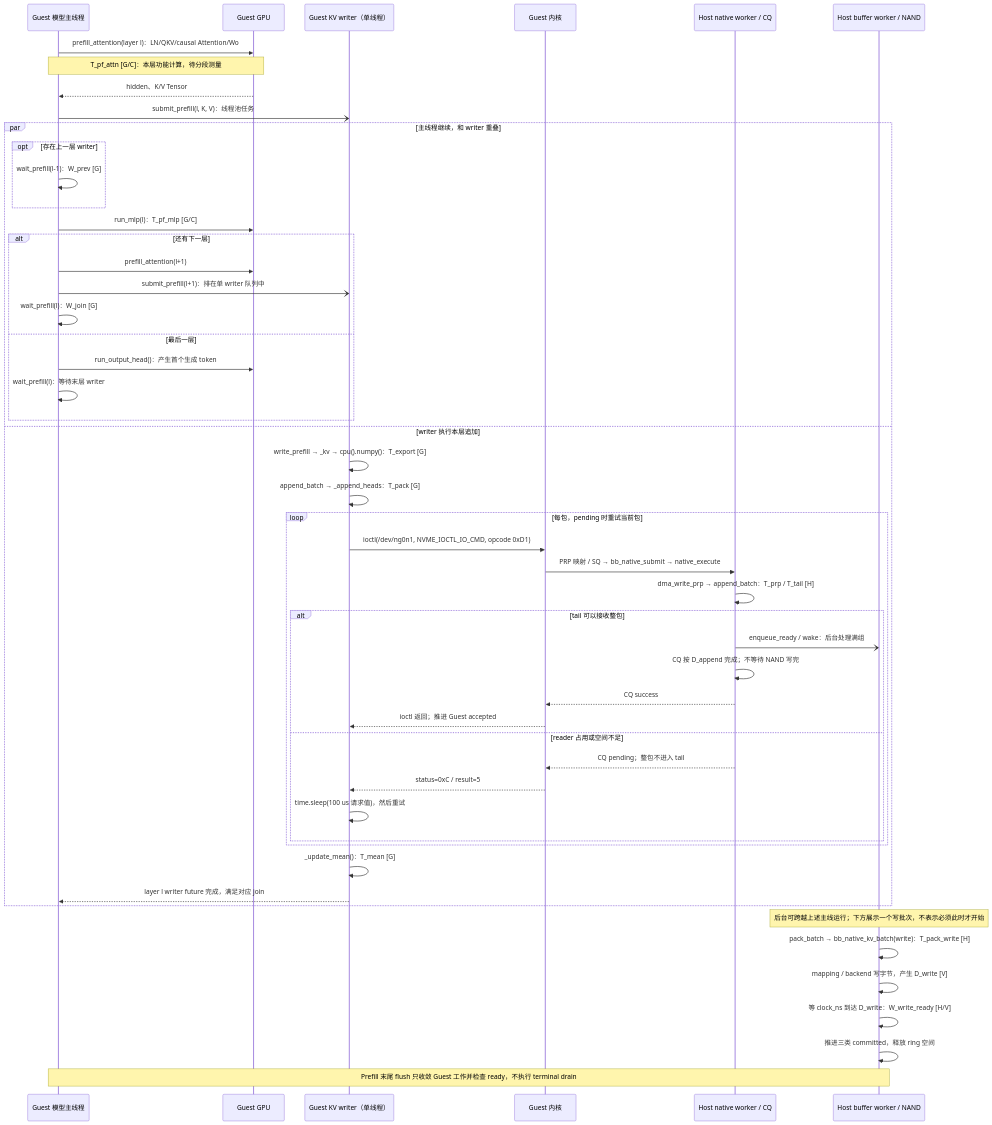
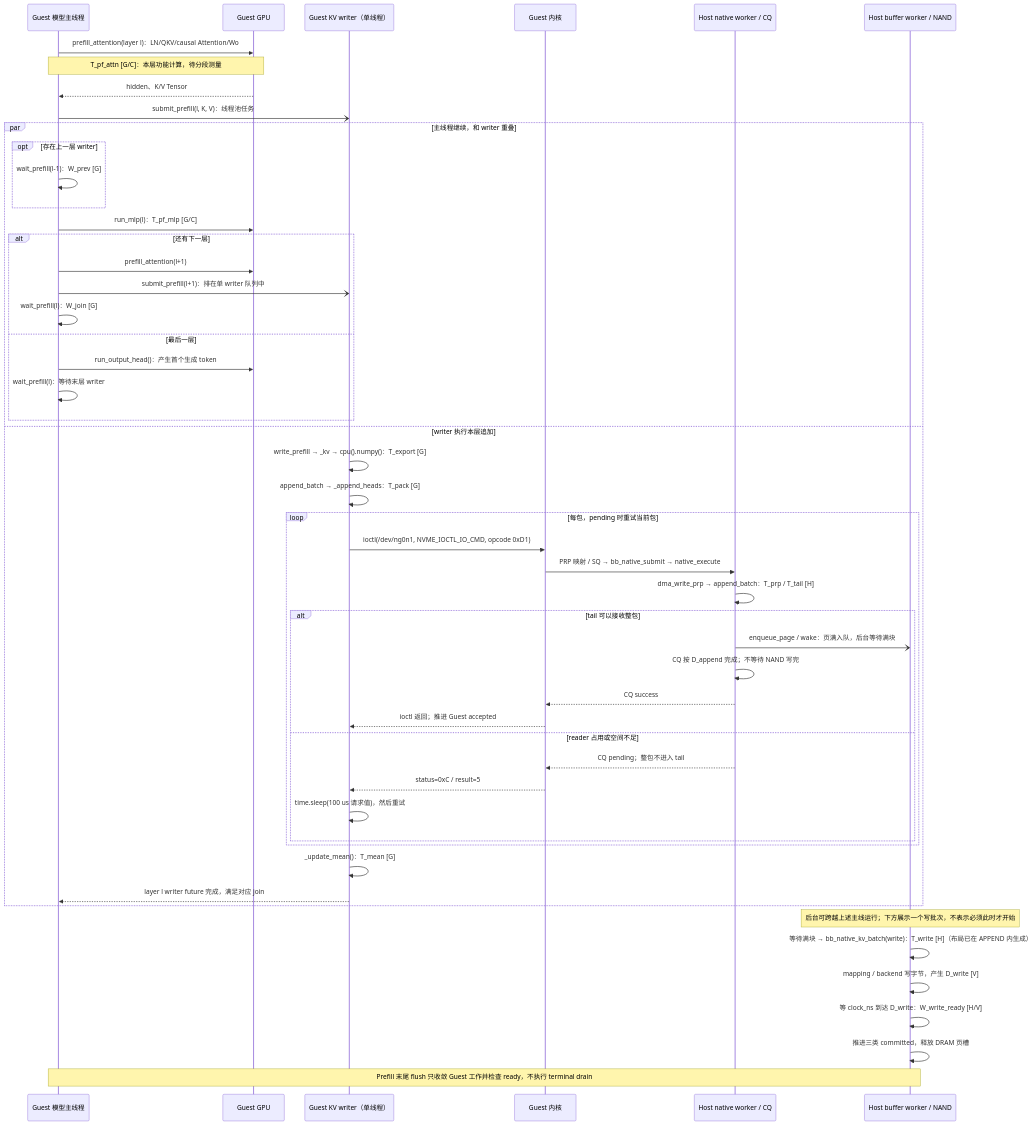
Before and after one commit to Luca-Cliver/cemu-gpu: the first of 3 diagrams in tests/cemu/instattention/NATIVE_SERIAL_SEQUENCE.md, drawn with Mermaid. The commit also changed 57 other files, not shown here.

````diff
--- a/tests/cemu/instattention/NATIVE_SERIAL_SEQUENCE.md
+++ b/tests/cemu/instattention/NATIVE_SERIAL_SEQUENCE.md
@@ -35,54 +35,54 @@
 ```mermaid
 sequenceDiagram
     participant A as Guest 模型主线程
     participant G as Guest GPU
     participant W as Guest KV writer（单线程）
     participant K as Guest 内核
     participant N as Host native worker / CQ
     participant B as Host buffer worker / NAND
 
     A->>G: prefill_attention(layer l)：LN/QKV/causal Attention/Wo
     Note over A,G: T_pf_attn [G/C]：本层功能计算，待分段测量
     G-->>A: hidden、K/V Tensor
     A-)W: submit_prefill(l, K, V)：线程池任务
     par 主线程继续，和 writer 重叠
         opt 存在上一层 writer
             A->>A: wait_prefill(l-1)：W_prev [G]
         end
         A->>G: run_mlp(l)：T_pf_mlp [G/C]
         alt 还有下一层
             A->>G: prefill_attention(l+1)
             A-)W: submit_prefill(l+1)：排在单 writer 队列中
             A->>A: wait_prefill(l)：W_join [G]
         else 最后一层
             A->>G: run_output_head()：产生首个生成 token
             A->>A: wait_prefill(l)：等待末层 writer
         end
     and writer 执行本层追加
         W->>W: write_prefill → _kv → cpu().numpy()：T_export [G]
         W->>W: append_batch → _append_heads：T_pack [G]
         loop 每包，pending 时重试当前包
             W->>K: ioctl(/dev/ng0n1, NVME_IOCTL_IO_CMD, opcode 0xD1)
             K->>N: PRP 映射 / SQ → bb_native_submit → native_execute
             N->>N: dma_write_prp → append_batch：T_prp / T_tail [H]
             alt tail 可以接收整包
-                N-)B: enqueue_ready / wake：后台处理满组
+                N-)B: enqueue_page / wake：页满入队，后台等待满块
                 N->>N: CQ 按 D_append 完成；不等待 NAND 写完
                 N-->>K: CQ success
                 K-->>W: ioctl 返回；推进 Guest accepted
             else reader 占用或空间不足
                 N-->>K: CQ pending；整包不进入 tail
                 K-->>W: status=0xC / result=5
                 W->>W: time.sleep(100 us 请求值)，然后重试
             end
         end
         W->>W: _update_mean()：T_mean [G]
         W-->>A: layer l writer future 完成，满足对应 join
     end
     Note over B: 后台可跨越上述主线运行；下方展示一个写批次，不表示必须此时才开始
-    B->>B: pack_batch → bb_native_kv_batch(write)：T_pack_write [H]
+    B->>B: 等待满块 → bb_native_kv_batch(write)：T_write [H]（布局已在 APPEND 内生成）
     B->>B: mapping / backend 写字节，产生 D_write [V]
     B->>B: 等 clock_ns 到达 D_write：W_write_ready [H/V]
-    B->>B: 推进三类 committed，释放 ring 空间
+    B->>B: 推进三类 committed，释放 DRAM 页槽
     Note over A,B: Prefill 末尾 flush 只收敛 Guest 工作并检查 ready，不执行 terminal drain
 ```
````
